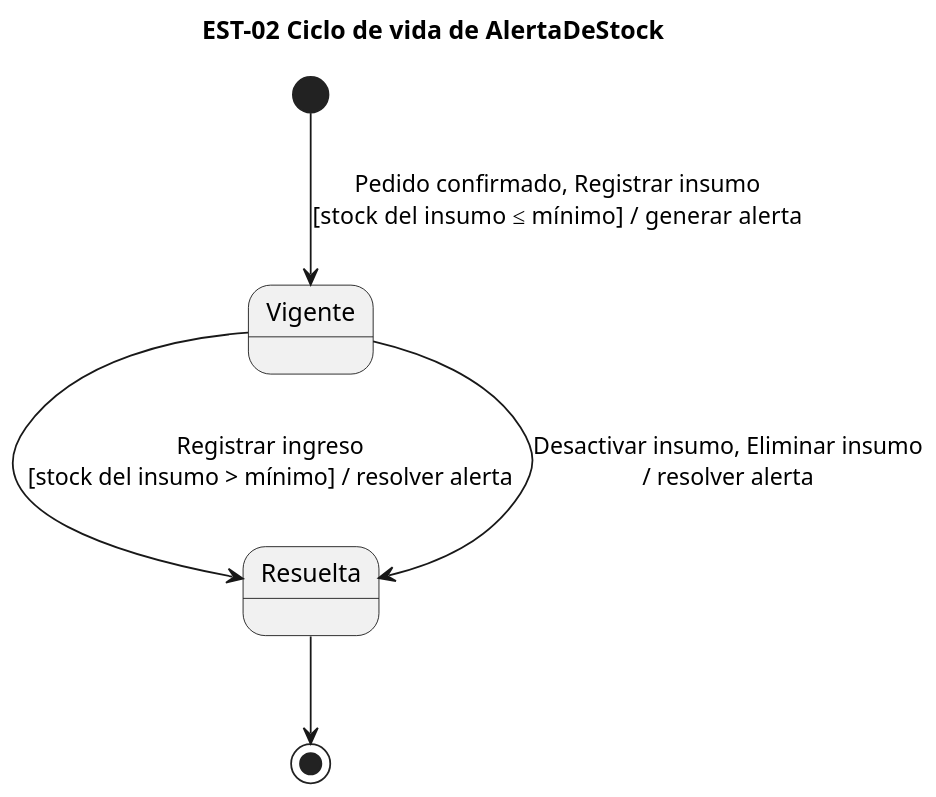
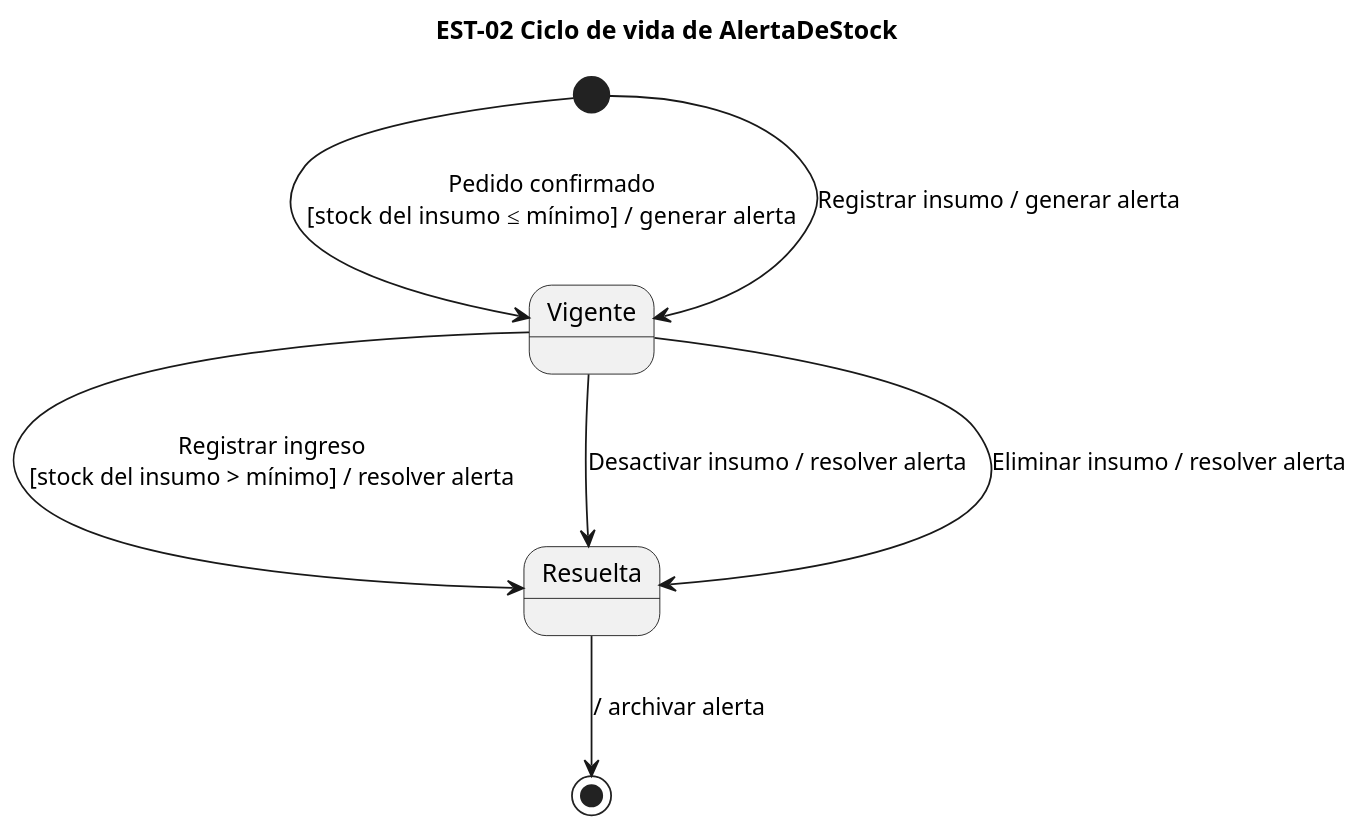
One commit to lambtto/Gestor-Inventario-Brookie changed the diagram in diagramas/est-02.puml. Above: the diagram before and after it, drawn with PlantUML. The commit also changed 16 other files, not shown here.

```diff
--- a/diagramas/est-02.puml
+++ b/diagramas/est-02.puml
@@ -1,11 +1,13 @@
 @startuml est-02
 title EST-02 Ciclo de vida de AlertaDeStock
 skinparam dpi 140
 state "Vigente" as Vig
 state "Resuelta" as Res
 
-[*] --> Vig : Pedido confirmado, Registrar insumo\n[stock del insumo ≤ mínimo] / generar alerta
+[*] --> Vig : Pedido confirmado\n[stock del insumo ≤ mínimo] / generar alerta
+[*] --> Vig : Registrar insumo / generar alerta
 Vig --> Res : Registrar ingreso\n[stock del insumo > mínimo] / resolver alerta
-Vig --> Res : Desactivar insumo, Eliminar insumo\n/ resolver alerta
-Res --> [*]
+Vig --> Res : Desactivar insumo / resolver alerta
+Vig --> Res : Eliminar insumo / resolver alerta
+Res --> [*] : / archivar alerta
 @enduml
```
